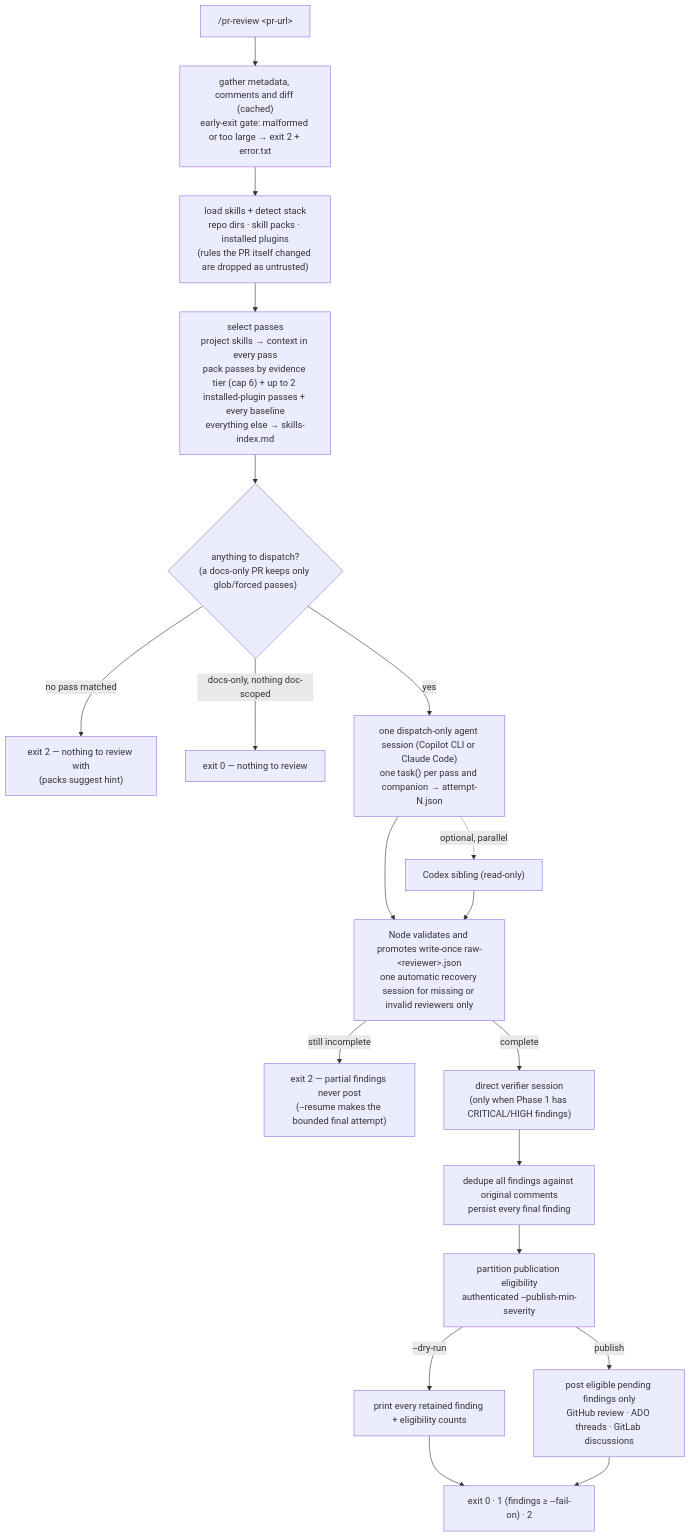
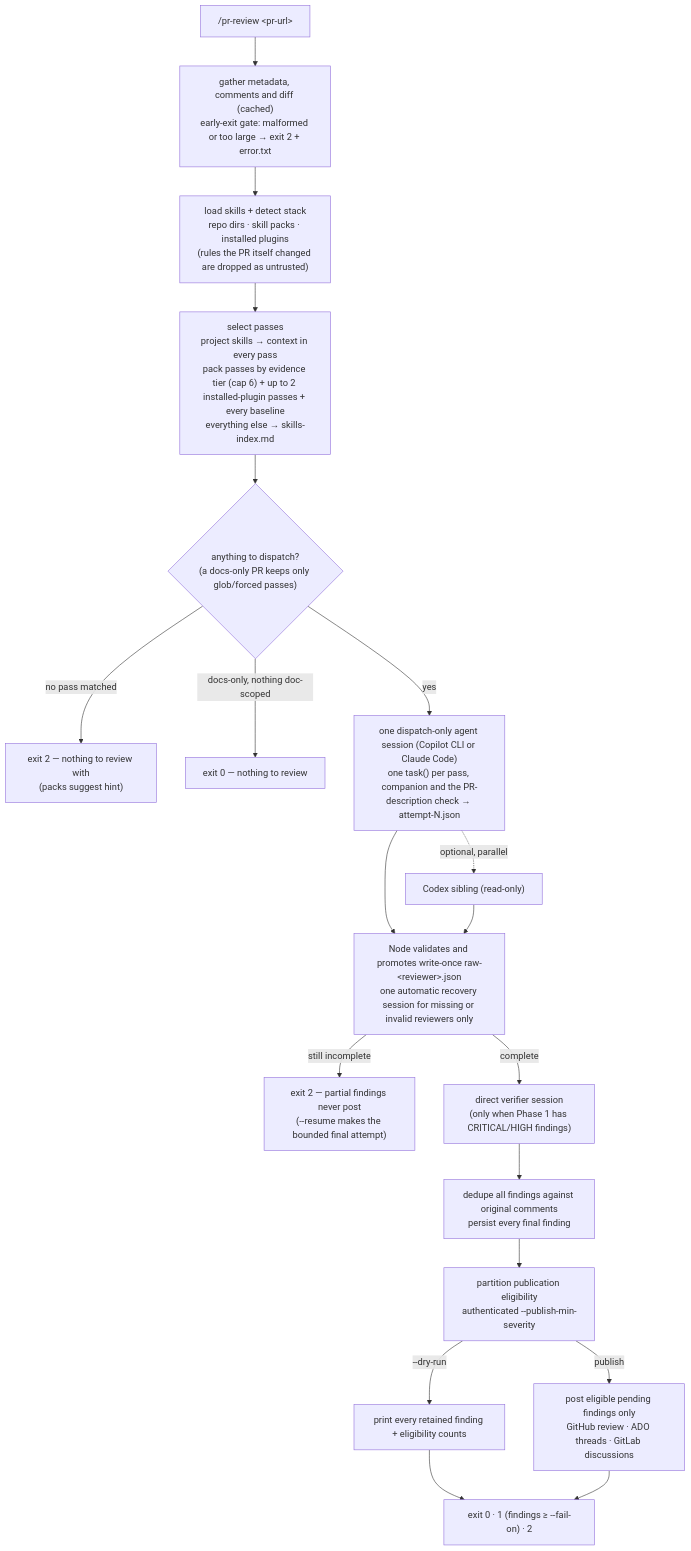
One commit to guimatheus92/pr-review changed the diagram in README.md. Above: the diagram before and after it, drawn with Mermaid. The commit also changed other lines of this file and 59 other files, not shown here.

First line of the commit message:
feat: show reviewers excluded lockfiles, call sites, and check PR description claims (#56)

````diff
--- a/README.md
+++ b/README.md
@@ -41,21 +41,21 @@
 ```mermaid
 flowchart TD
     U["/pr-review #lt;pr-url#gt;"] --> G["gather metadata, comments and diff (cached)<br/>early-exit gate: malformed or too large → exit 2 + error.txt"]
     G --> L["load skills + detect stack<br/>repo dirs · skill packs · installed plugins<br/>(rules the PR itself changed are dropped as untrusted)"]
     L --> P["select passes<br/>project skills → context in every pass<br/>pack passes by evidence tier (cap 6) + up to 2 installed-plugin passes + every baseline<br/>everything else → skills-index.md"]
     P --> T{"anything to dispatch?<br/>(a docs-only PR keeps only glob/forced passes)"}
     T -- "no pass matched" --> E0["exit 2 — nothing to review with<br/>(packs suggest hint)"]
     T -- "docs-only, nothing doc-scoped" --> E0b["exit 0 — nothing to review"]
-    T -- yes --> D["one dispatch-only agent session (Copilot CLI or Claude Code)<br/>one task() per pass and companion → attempt-N.json"]
+    T -- yes --> D["one dispatch-only agent session (Copilot CLI or Claude Code)<br/>one task() per pass, companion and the PR-description check → attempt-N.json"]
     D -. optional, parallel .-> C["Codex sibling (read-only)"]
     D --> N["Node validates and promotes write-once raw-#lt;reviewer#gt;.json<br/>one automatic recovery session for missing or invalid reviewers only"]
     C --> N
     N -- still incomplete --> E2["exit 2 — partial findings never post<br/>(--resume makes the bounded final attempt)"]
     N -- complete --> V["direct verifier session<br/>(only when Phase 1 has CRITICAL/HIGH findings)"]
     V --> DD["dedupe all findings against original comments<br/>persist every final finding"]
     DD --> EL["partition publication eligibility<br/>authenticated --publish-min-severity"]
     EL -- "--dry-run" --> SUM["print every retained finding + eligibility counts"]
     EL -- publish --> POST["post eligible pending findings only<br/>GitHub review · ADO threads · GitLab discussions"]
     SUM --> EX["exit 0 · 1 (findings ≥ --fail-on) · 2"]
     POST --> EX
 ```
````
